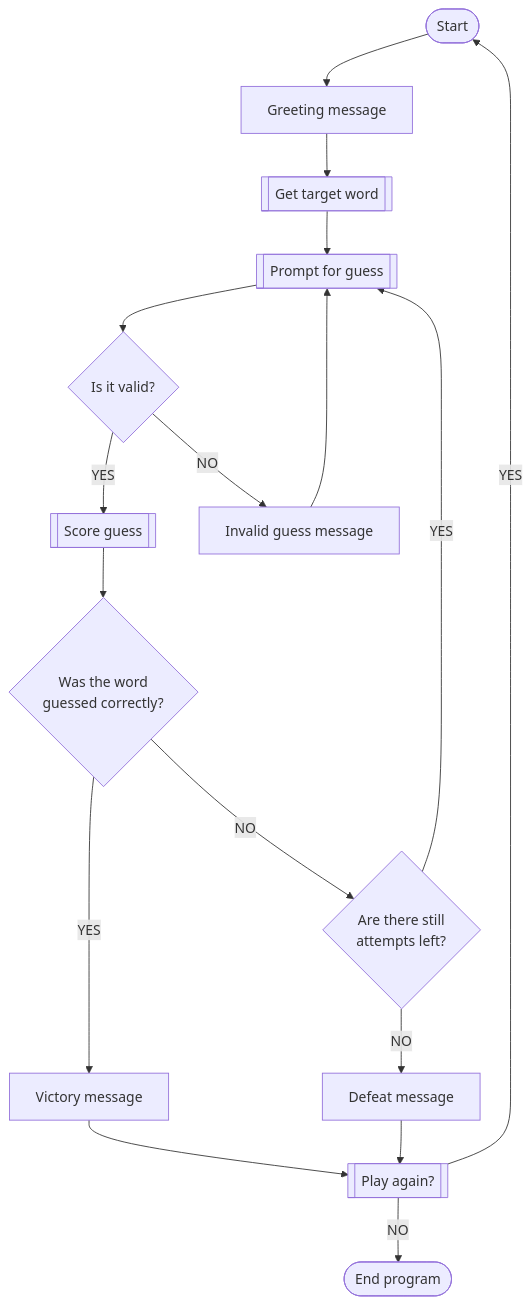
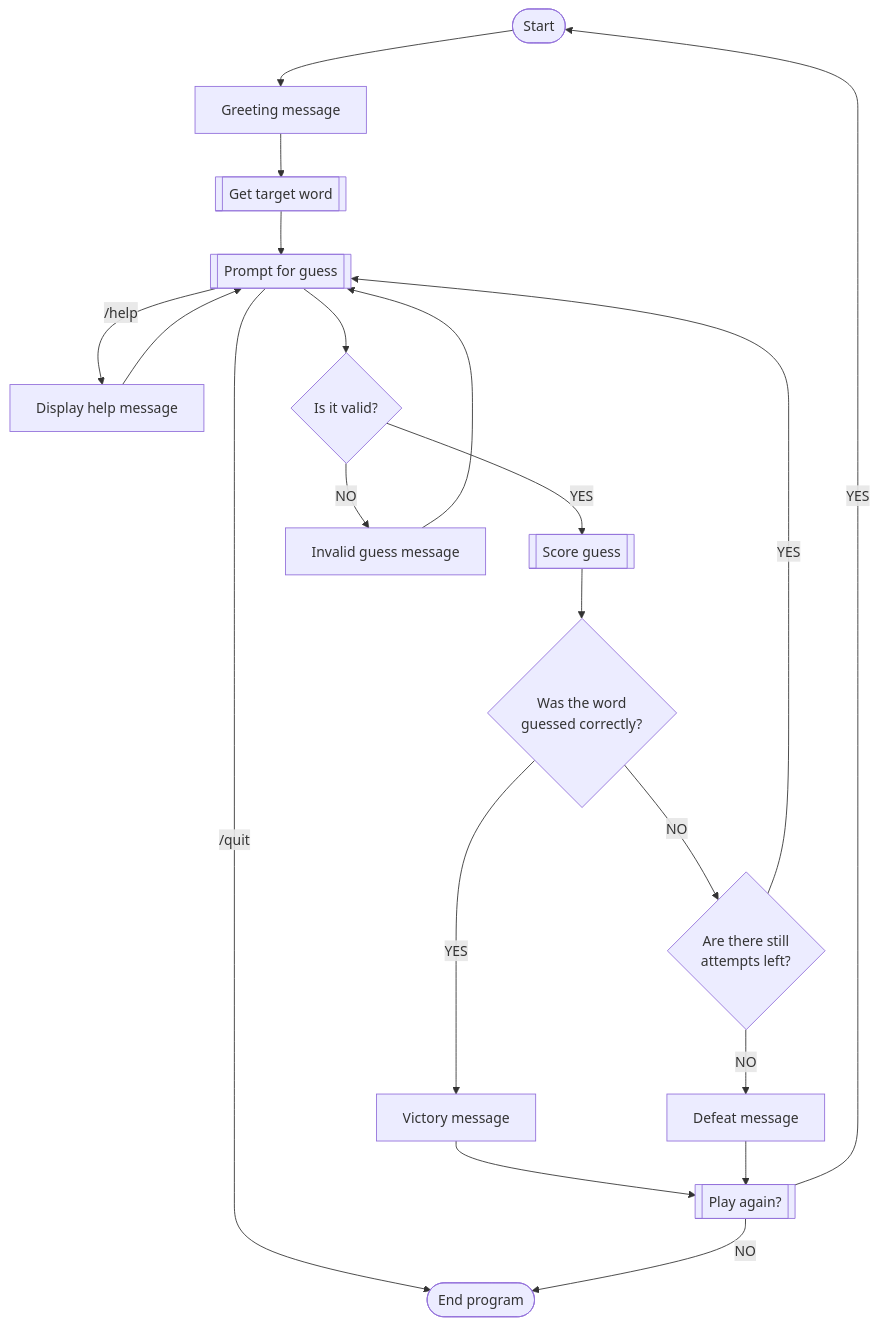
Before and after one commit to tumbleboy/wordle-game: the diagram in readme.md, drawn with Mermaid. The commit also changed other lines of this file and 1 other file, not shown here.

Commit message:
Updated readme, updated get user word function

````diff
--- a/readme.md
+++ b/readme.md
@@ -7,21 +9,22 @@
 ```mermaid
  flowchart TD
     A([Start]) --> D[Greeting message]
     D --> B[[Get target word]]
     B --> E[[Prompt for guess]]
+    E --> |/help| Z[Display help message]
+    Z --> E
+    E --> |/quit| M
     E --> F{Is it valid?}
     F --> |YES| G[[Score guess]]
     F --> |NO| H[Invalid guess message]
     H --> E
     G --> I{Was the word <br/> guessed correctly?}
     I --> |NO| K{Are there still <br/> attempts left?}
     I --> |YES| J[Victory message]
     K --> |YES| E
     K --> |NO| L[Defeat message]
     J --> C[[Play again?]]
     L --> C
     C --> |NO|M([End program])
     C --> |YES|A
-    
-    
 ```
````
